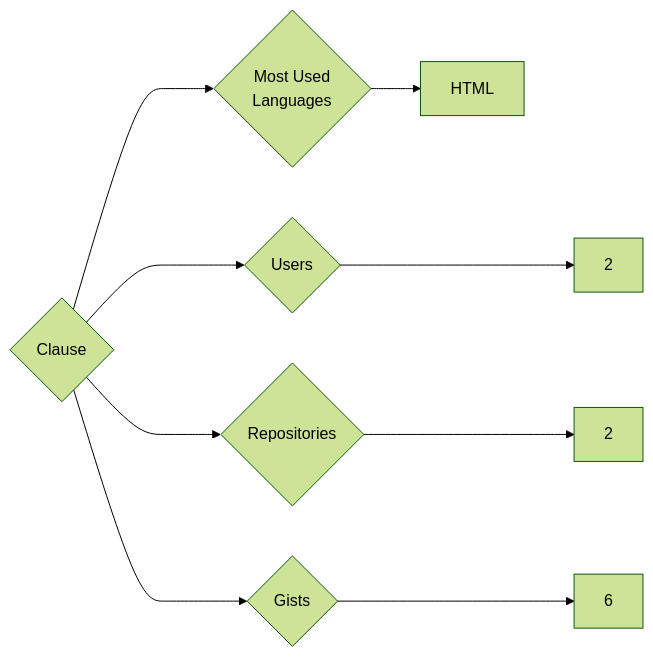
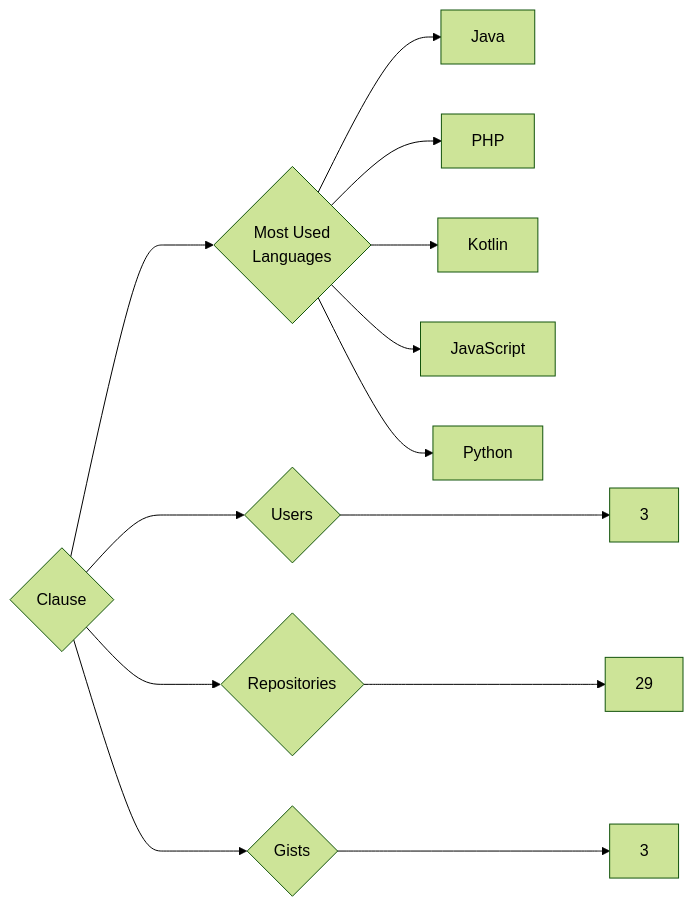
The diagram in targets/Clause/README.md (trickest/insiders), drawn with Mermaid (forest theme) before and after one commit. The commit also changed 1055 other files, not shown here.

````diff
--- a/targets/Clause/README.md
+++ b/targets/Clause/README.md
@@ -3,9 +3,13 @@
 ```mermaid
 graph LR
 COMPANY_NAME{Clause}
-COMPANY_NAME ---> U{Users} ---> UN[2]
-COMPANY_NAME ---> R{Repositories} ---> RN[2]
-COMPANY_NAME ---> G{Gists} ---> GN[6]
+COMPANY_NAME ---> U{Users} ---> UN[3]
+COMPANY_NAME ---> R{Repositories} ---> RN[29]
+COMPANY_NAME ---> G{Gists} ---> GN[3]
 COMPANY_NAME ---> ML{Most Used<br>Languages}
-ML --> HTML[HTML]
+ML --> Java[Java]
+ML --> PHP[PHP]
+ML --> Kotlin[Kotlin]
+ML --> JavaScript[JavaScript]
+ML --> Python[Python]
 ```
````
